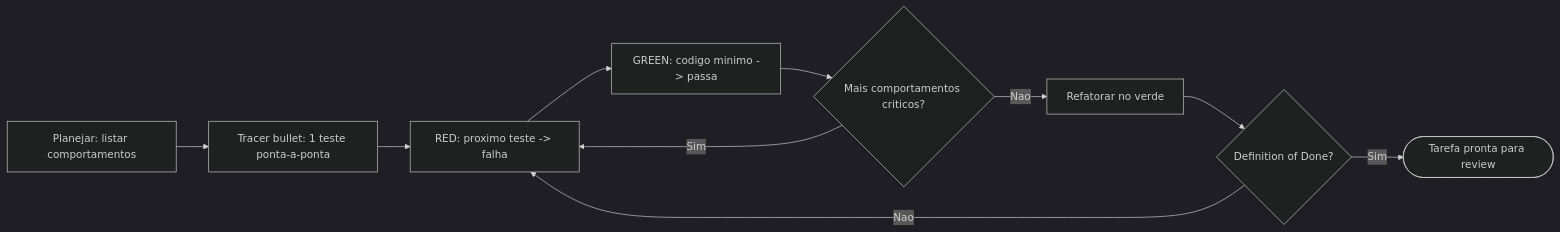
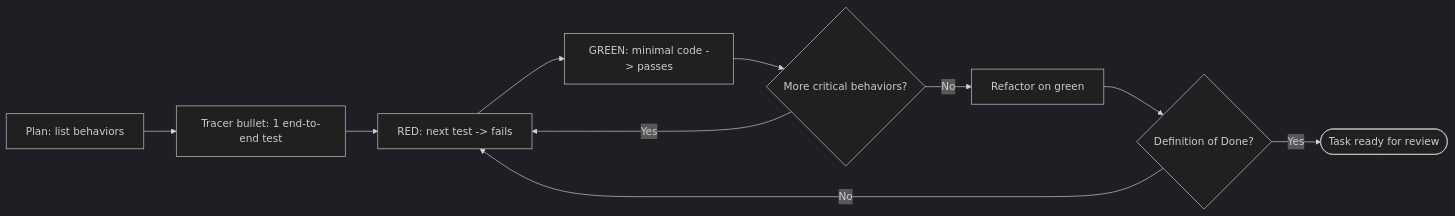
The diagram in dist/.claude/skills/pelizzai-tdd/SKILL.md (rpelizza/PelizzAI), drawn with Mermaid (dark theme) before and after one commit. The commit also changed other lines of this file and 362 other files, not shown here.

````diff
--- a/dist/.claude/skills/pelizzai-tdd/SKILL.md
+++ b/dist/.claude/skills/pelizzai-tdd/SKILL.md
@@ -180,12 +181,12 @@
 ```mermaid
 flowchart LR
-    P[Planejar: listar comportamentos] --> T[Tracer bullet: 1 teste ponta-a-ponta]
-    T --> R[RED: proximo teste -> falha]
-    R --> G[GREEN: codigo minimo -> passa]
-    G --> C{Mais comportamentos criticos?}
-    C -- Sim --> R
-    C -- Nao --> RF[Refatorar no verde]
+    P[Plan: list behaviors] --> T[Tracer bullet: 1 end-to-end test]
+    T --> R[RED: next test -> fails]
+    R --> G[GREEN: minimal code -> passes]
+    G --> C{More critical behaviors?}
+    C -- Yes --> R
+    C -- No --> RF[Refactor on green]
     RF --> D{Definition of Done?}
-    D -- Nao --> R
-    D -- Sim --> done([Tarefa pronta para review])
+    D -- No --> R
+    D -- Yes --> done([Task ready for review])
 ```
````
